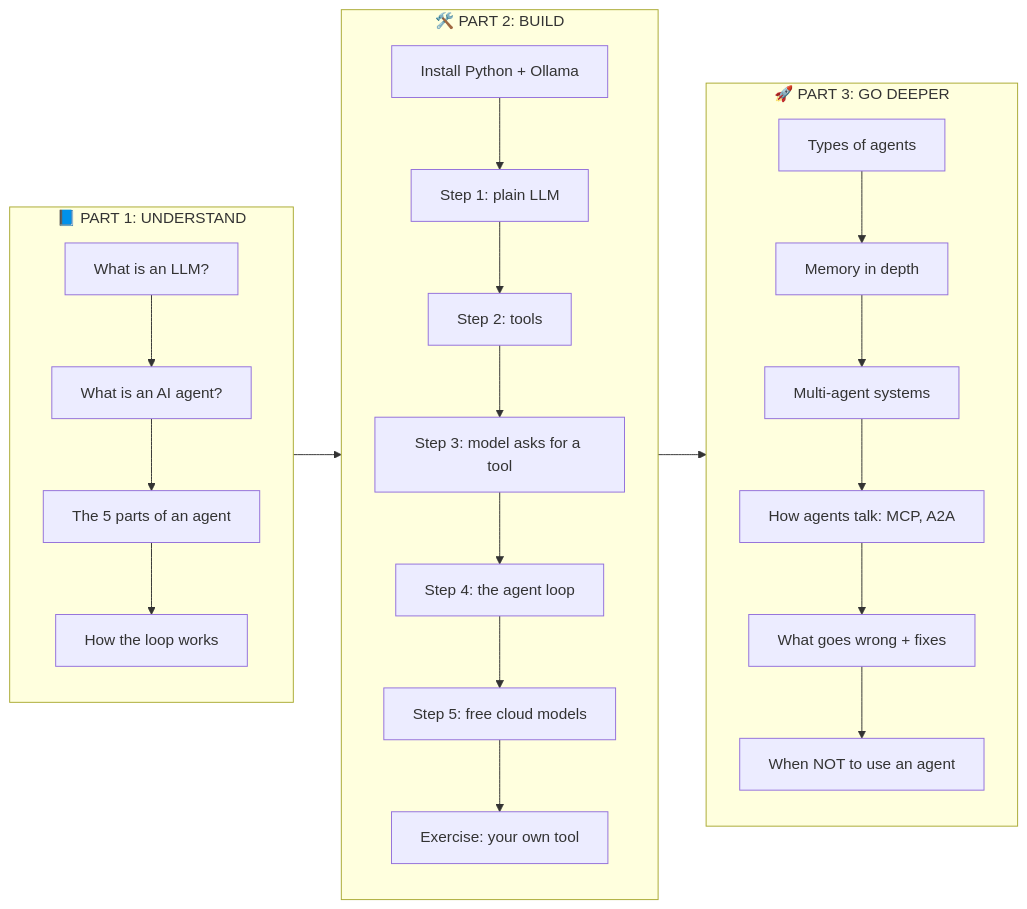
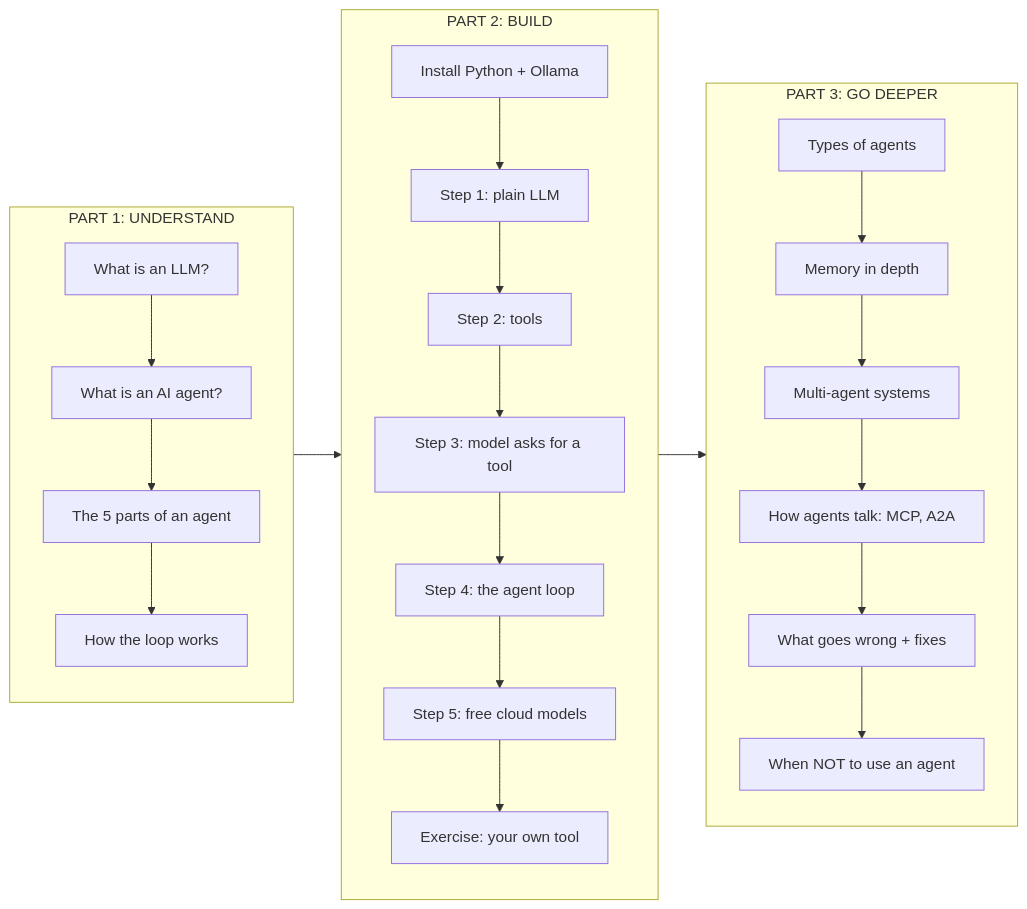
One commit to anandgaur22/ai-agent-python-demo changed the first of 36 diagrams in README.md. Above: the diagram before and after it, drawn with Mermaid. The commit also changed other lines of this file, not shown here.

````diff
--- a/README.md
+++ b/README.md
@@ -17,16 +15,16 @@
 ```mermaid
 flowchart LR
-  subgraph P1["📘 PART 1: UNDERSTAND"]
+  subgraph P1["PART 1: UNDERSTAND"]
     direction TB
     a1["What is an LLM?"] --> a2["What is an AI agent?"] --> a3["The 5 parts of an agent"] --> a4["How the loop works"]
   end
-  subgraph P2["🛠️ PART 2: BUILD"]
+  subgraph P2["PART 2: BUILD"]
     direction TB
     b1["Install Python + Ollama"] --> b2["Step 1: plain LLM"] --> b3["Step 2: tools"] --> b4["Step 3: model asks for a tool"] --> b5["Step 4: the agent loop"] --> b6["Step 5: free cloud models"] --> b7["Exercise: your own tool"]
   end
-  subgraph P3["🚀 PART 3: GO DEEPER"]
+  subgraph P3["PART 3: GO DEEPER"]
     direction TB
     c1["Types of agents"] --> c2["Memory in depth"] --> c3["Multi-agent systems"] --> c4["How agents talk: MCP, A2A"] --> c5["What goes wrong + fixes"] --> c6["When NOT to use an agent"]
   end
   P1 --> P2 --> P3
 ```
````
